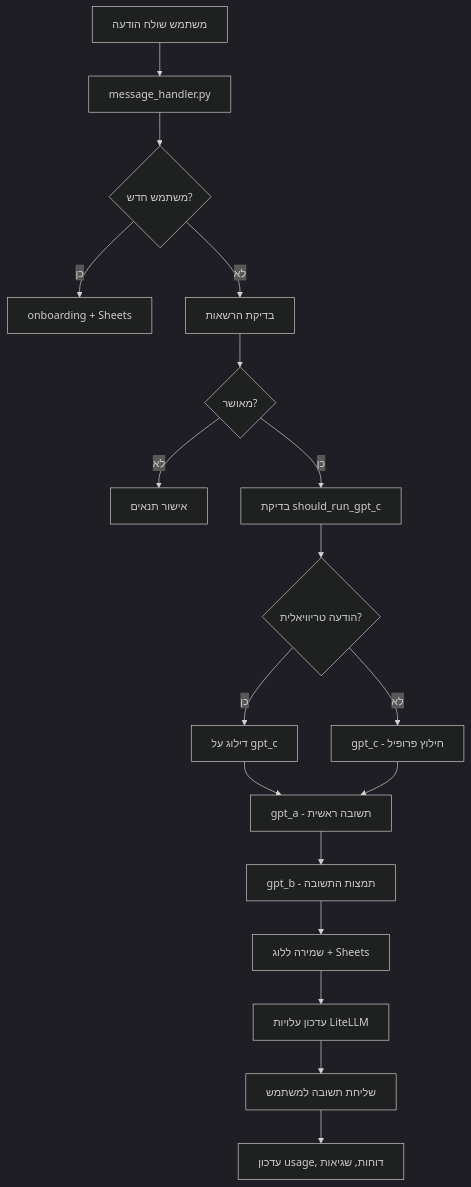
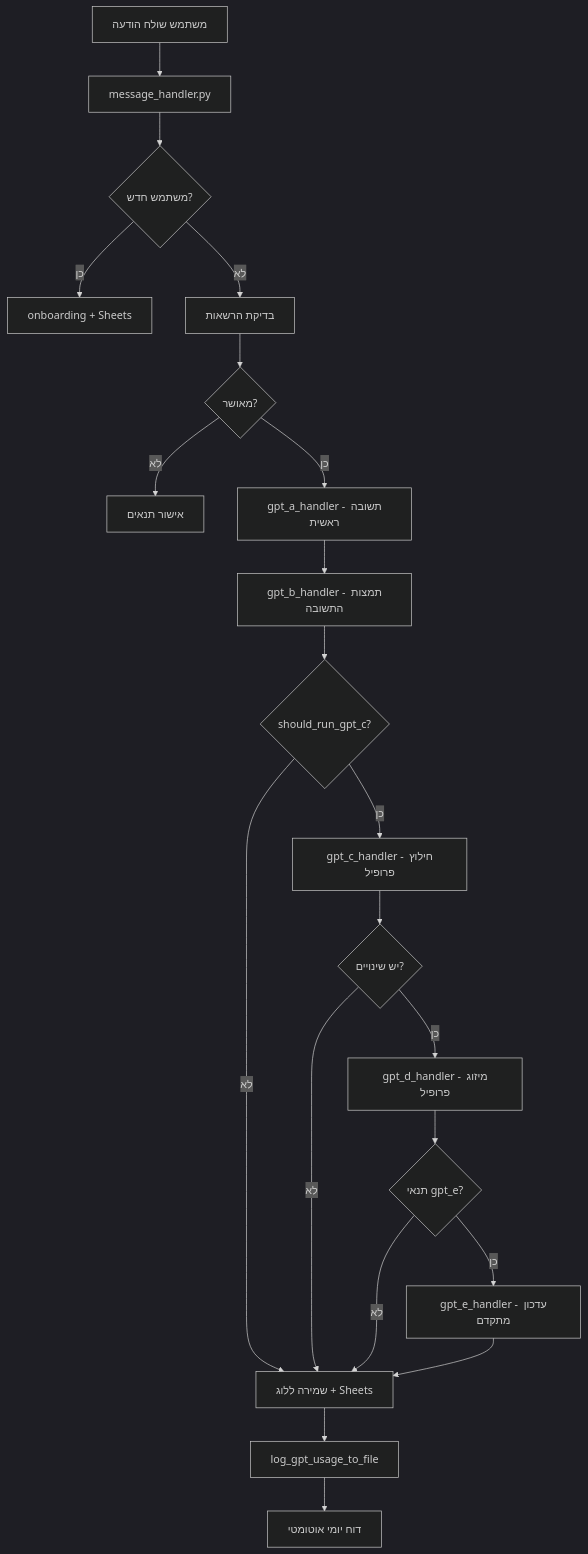
Before and after one commit to omer-studio/telegram-bot: the diagram in README.md, drawn with Mermaid (dark theme). The commit also changed other lines of this file and 12 other files, not shown here.

````diff
--- a/README.md
+++ b/README.md
@@ -184,20 +220,23 @@
 ```mermaid
 graph TD
     A[משתמש שולח הודעה] --> B[message_handler.py]
     B --> C{משתמש חדש?}
     C -- כן --> D[onboarding + Sheets]
     C -- לא --> E[בדיקת הרשאות]
     E --> F{מאושר?}
     F -- לא --> G[אישור תנאים]
-    F -- כן --> H[בדיקת should_run_gpt_c]
-    H --> I{הודעה טריוויאלית?}
-    I -- כן --> J[דילוג על gpt_c]
-    I -- לא --> K[gpt_c - חילוץ פרופיל]
-    J --> L[gpt_a - תשובה ראשית]
-    K --> L
-    L --> M[gpt_b - תמצות התשובה]
-    M --> N[שמירה ללוג + Sheets]
-    N --> O[עדכון עלויות LiteLLM]
-    O --> P[שליחת תשובה למשתמש]
-    P --> Q[עדכון usage, דוחות, שגיאות]
+    F -- כן --> H[gpt_a_handler - תשובה ראשית]
+    H --> I[gpt_b_handler - תמצות התשובה]
+    I --> J{should_run_gpt_c?}
+    J -- כן --> K[gpt_c_handler - חילוץ פרופיל]
+    J -- לא --> L[שמירה ללוג + Sheets]
+    K --> M{יש שינויים?}
+    M -- כן --> N[gpt_d_handler - מיזוג פרופיל]
+    M -- לא --> L
+    N --> O{תנאי gpt_e?}
+    O -- כן --> P[gpt_e_handler - עדכון מתקדם]
+    O -- לא --> L
+    P --> L
+    L --> Q[log_gpt_usage_to_file]
+    Q --> R[דוח יומי אוטומטי]
 ```
````
